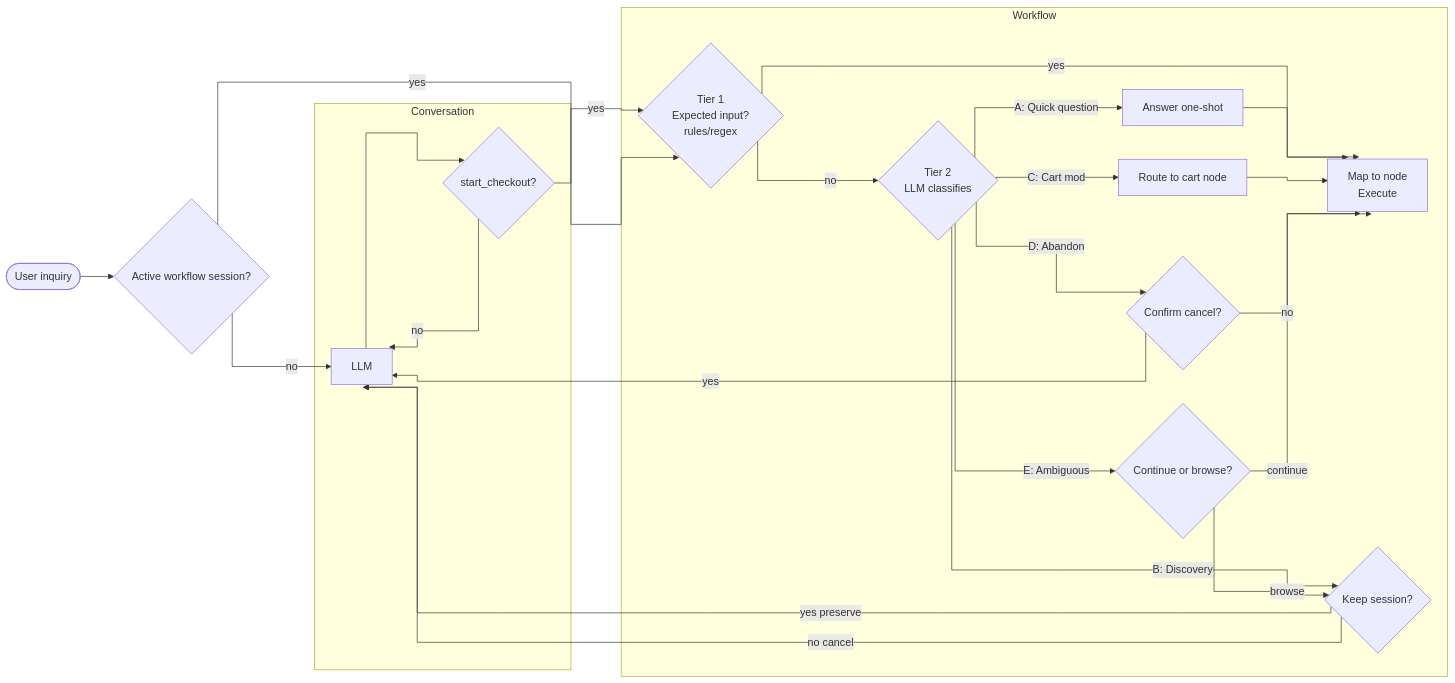
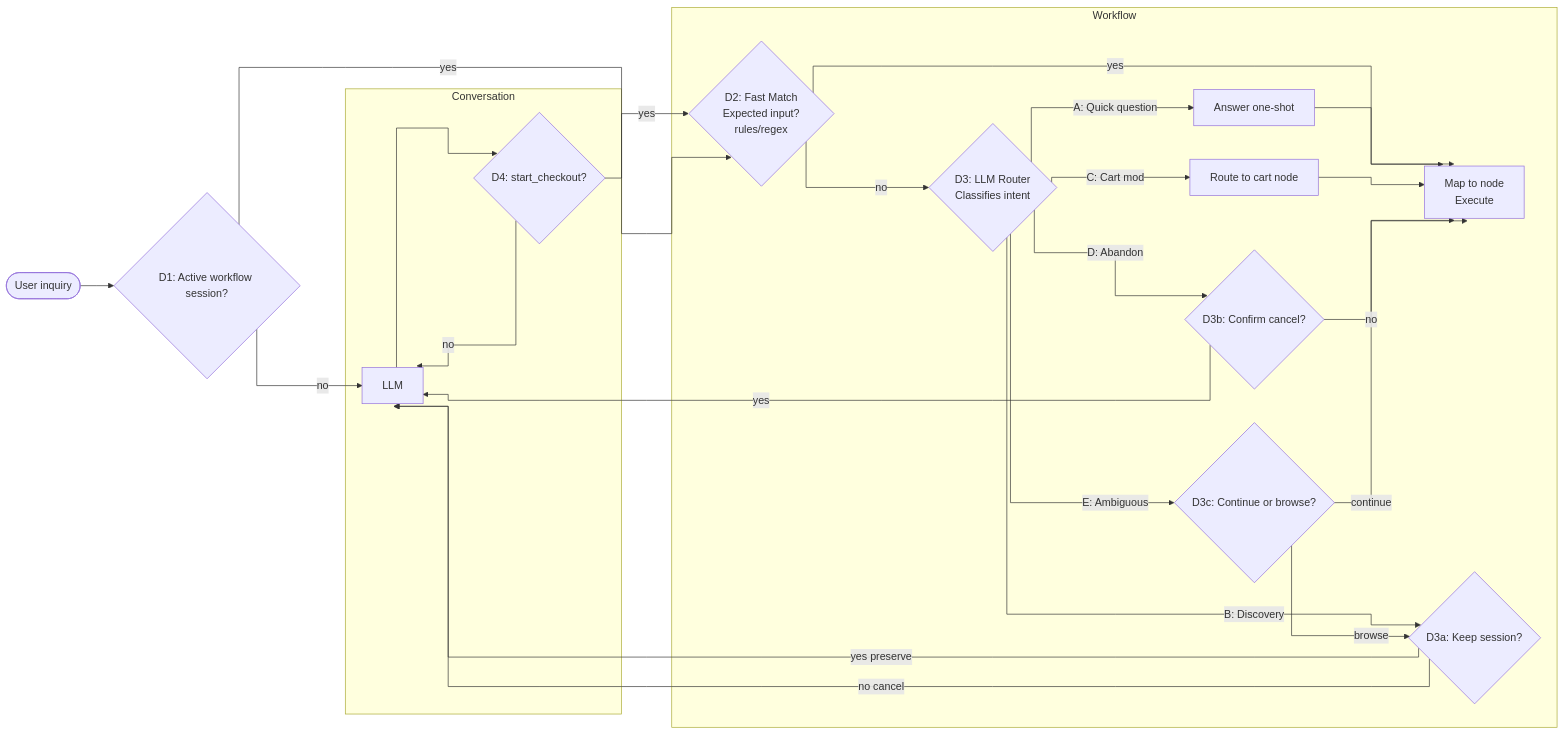
The first of 3 diagrams in understanding/design/orchestrator-design.md (zhuohanl/agentic-commerce-protocol-demo), drawn with Mermaid before and after one commit. The commit also changed other lines of this file, not shown here.

````diff
--- a/understanding/design/orchestrator-design.md
+++ b/understanding/design/orchestrator-design.md
@@ -66,41 +66,41 @@
 ```mermaid
 %%{init: {'flowchart': {'curve': 'stepBefore'}}}%%
 flowchart LR
 
-A([User inquiry]) --> B{Active workflow session?}
+A([User inquiry]) --> B{"D1: Active workflow session?"}
 
 %% NO PATH
 B -- no --> F
 
 subgraph Conversation
-F[LLM] --> G{start_checkout?}
+F[LLM] --> G{"D4: start_checkout?"}
 G -- no --> F
 end
 
 G -- yes --> C
 
 %% YES PATH
 B -- yes --> C
 
 subgraph Workflow
-C{Tier 1<br/>Expected input?<br/>rules/regex}
+C{"D2: Fast Match<br/>Expected input?<br/>rules/regex"}
 C -- yes --> D[Map to node<br/>Execute]
-C -- no --> E{Tier 2<br/>LLM classifies}
+C -- no --> E{"D3: LLM Router<br/>Classifies intent"}
 
 E -- A: Quick question --> QA[Answer one-shot]
-E -- B: Discovery --> KB{Keep session?}
+E -- B: Discovery --> KB{"D3a: Keep session?"}
 E -- C: Cart mod --> CM[Route to cart node]
-E -- D: Abandon --> AB{Confirm cancel?}
-E -- E: Ambiguous --> AM{Continue or browse?}
+E -- D: Abandon --> AB{"D3b: Confirm cancel?"}
+E -- E: Ambiguous --> AM{"D3c: Continue or browse?"}
 end
 
 QA --> D
 CM --> D
 AB -- no --> D
 AM -- continue --> D
 
 KB -- yes preserve --> F
 KB -- no cancel --> F
 AB -- yes --> F
 AM -- browse --> KB
 ```
````
